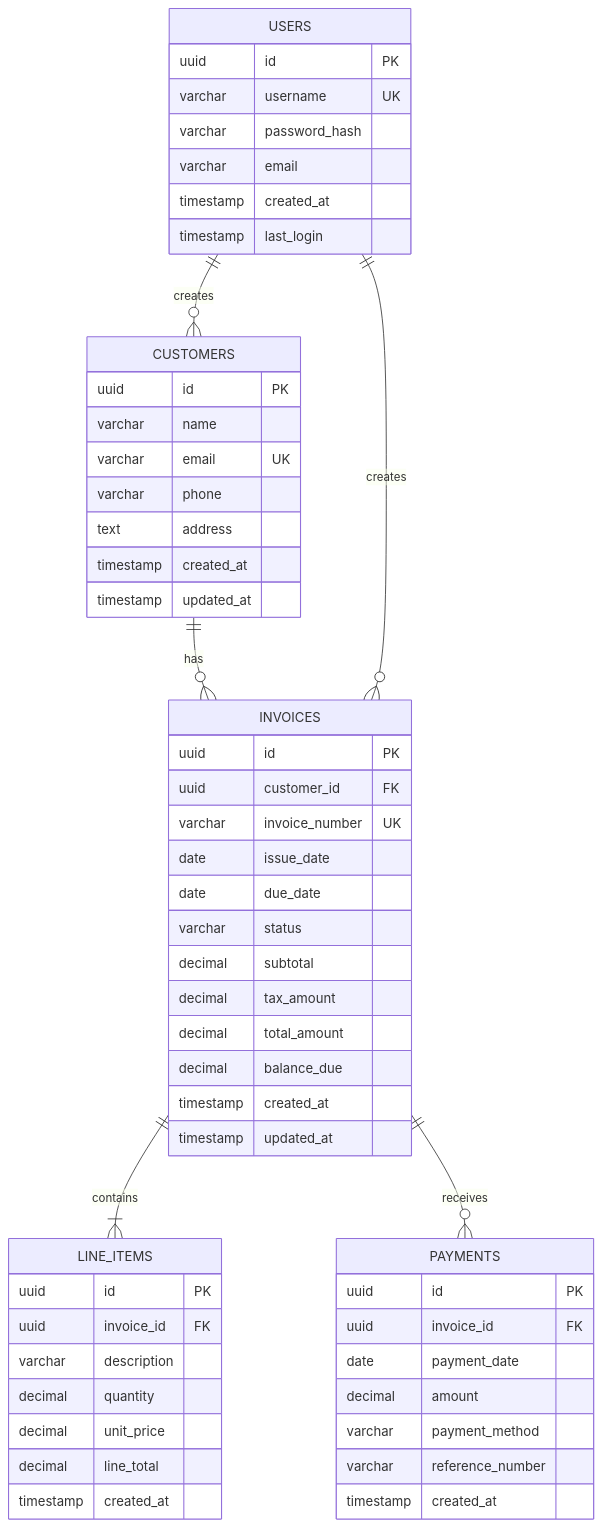
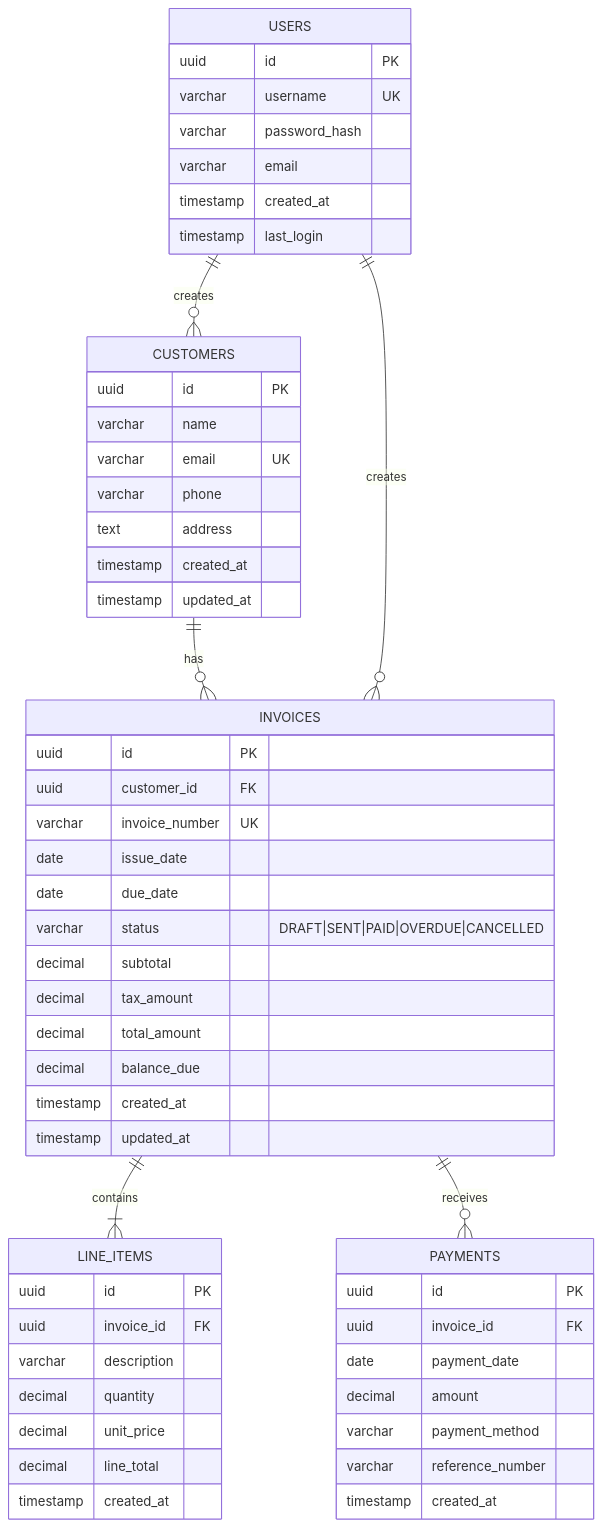
Before and after one commit to Rhoahndur/Osgiliath: diagram 11 of 24 in architecture.md, drawn with Mermaid. The commit also changed other lines of this file and 131 other files, not shown here.

````diff
--- a/architecture.md
+++ b/architecture.md
@@ -502,62 +508,62 @@
 ```mermaid
 erDiagram
     CUSTOMERS ||--o{ INVOICES : "has"
     INVOICES ||--|{ LINE_ITEMS : "contains"
     INVOICES ||--o{ PAYMENTS : "receives"
     USERS ||--o{ CUSTOMERS : "creates"
     USERS ||--o{ INVOICES : "creates"
     
     CUSTOMERS {
         uuid id PK
         varchar name
         varchar email UK
         varchar phone
         text address
         timestamp created_at
         timestamp updated_at
     }
     
     INVOICES {
         uuid id PK
         uuid customer_id FK
         varchar invoice_number UK
         date issue_date
         date due_date
-        varchar status
+        varchar status "DRAFT|SENT|PAID|OVERDUE|CANCELLED"
         decimal subtotal
         decimal tax_amount
         decimal total_amount
         decimal balance_due
         timestamp created_at
         timestamp updated_at
     }
     
     LINE_ITEMS {
         uuid id PK
         uuid invoice_id FK
         varchar description
         decimal quantity
         decimal unit_price
         decimal line_total
         timestamp created_at
     }
     
     PAYMENTS {
         uuid id PK
         uuid invoice_id FK
         date payment_date
         decimal amount
         varchar payment_method
         varchar reference_number
         timestamp created_at
     }
     
     USERS {
         uuid id PK
         varchar username UK
         varchar password_hash
         varchar email
         timestamp created_at
         timestamp last_login
     }
 ```
````
